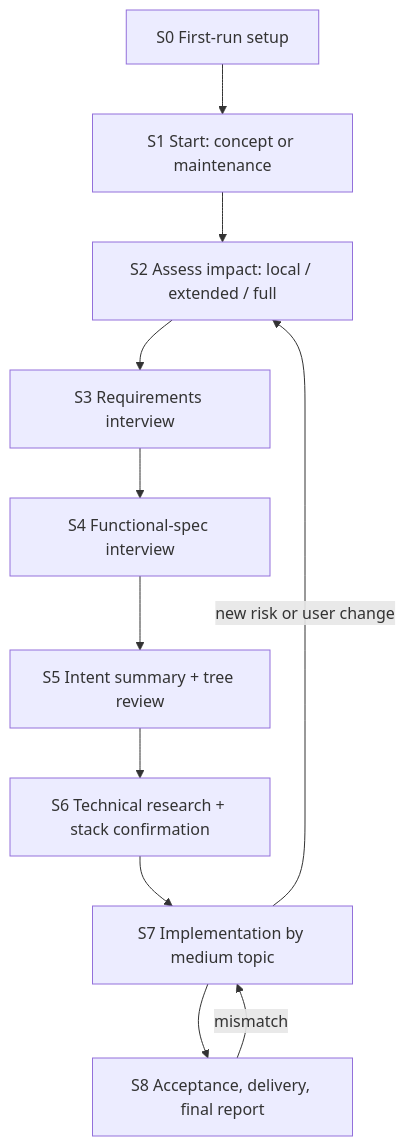
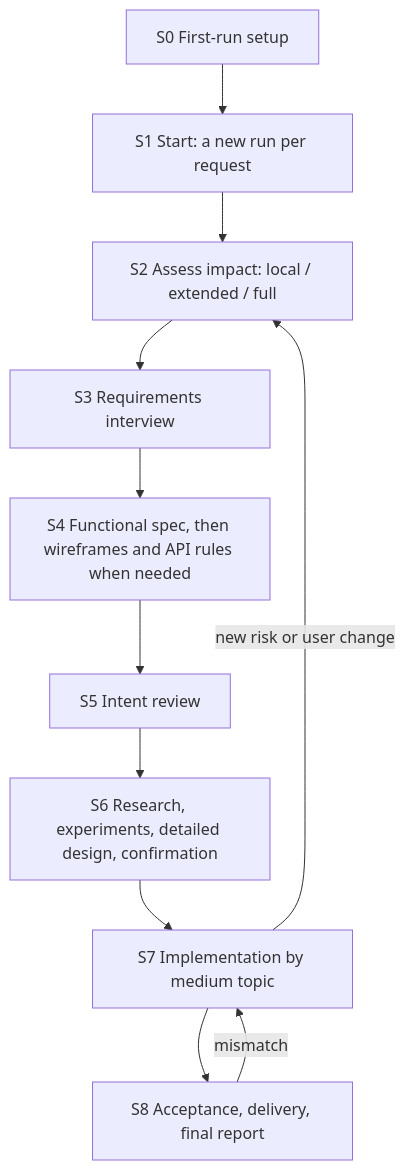
One commit to Agent-Barrel/Skill-Barrel changed the diagram in docs/plan/skill-plugin/workflow.md. Above: the diagram before and after it, drawn with Mermaid. The commit also changed other lines of this file and 2 other files, not shown here.

First line of the commit message:
docs(skill-plugin): revise the flow, depth and interviews for Q17-Q24

````diff
--- a/docs/plan/skill-plugin/workflow.md
+++ b/docs/plan/skill-plugin/workflow.md
@@ -11,13 +12,13 @@
 ```mermaid
 flowchart TD
-    S0[S0 First-run setup] --> S1[S1 Start: concept or maintenance]
+    S0[S0 First-run setup] --> S1[S1 Start: a new run per request]
     S1 --> S2[S2 Assess impact: local / extended / full]
     S2 --> S3[S3 Requirements interview]
-    S3 --> S4[S4 Functional-spec interview]
-    S4 --> S5[S5 Intent summary + tree review]
-    S5 --> S6[S6 Technical research + stack confirmation]
+    S3 --> S4[S4 Functional spec, then wireframes and API rules when needed]
+    S4 --> S5[S5 Intent review]
+    S5 --> S6[S6 Research, experiments, detailed design, confirmation]
     S6 --> S7[S7 Implementation by medium topic]
     S7 --> S8[S8 Acceptance, delivery, final report]
     S7 -- new risk or user change --> S2
     S8 -- mismatch --> S7
 ```
````
